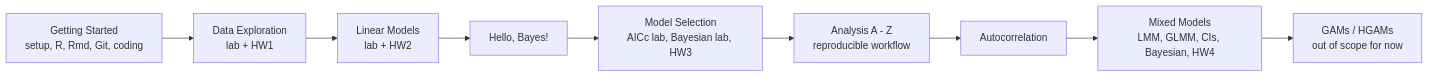
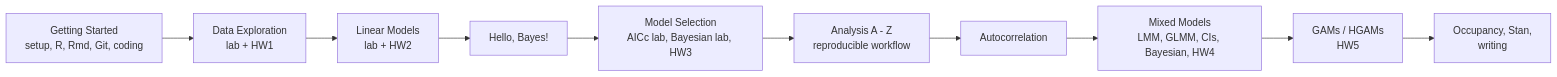
The diagram in content/Sources/Course Website.md (Ajay221bl/ecological-modeling-wiki), drawn with Mermaid before and after one commit. The commit also changed other lines of this file and 1105 other files, not shown here.

````diff
--- a/content/Sources/Course Website.md
+++ b/content/Sources/Course Website.md
@@ -29,11 +29,12 @@
 ```mermaid
 flowchart LR
   A[Getting Started<br/>setup, R, Rmd, Git, coding] --> B[Data Exploration<br/>lab + HW1]
   B --> C[Linear Models<br/>lab + HW2]
   C --> D[Hello, Bayes!]
   D --> E[Model Selection<br/>AICc lab, Bayesian lab, HW3]
   E --> F[Analysis A - Z<br/>reproducible workflow]
   F --> G[Autocorrelation]
   G --> H[Mixed Models<br/>LMM, GLMM, CIs, Bayesian, HW4]
-  H --> I[GAMs / HGAMs<br/>out of scope for now]
+  H --> I[GAMs / HGAMs<br/>HW5]
+  I --> J[Occupancy, Stan,<br/>writing]
 ```
````
